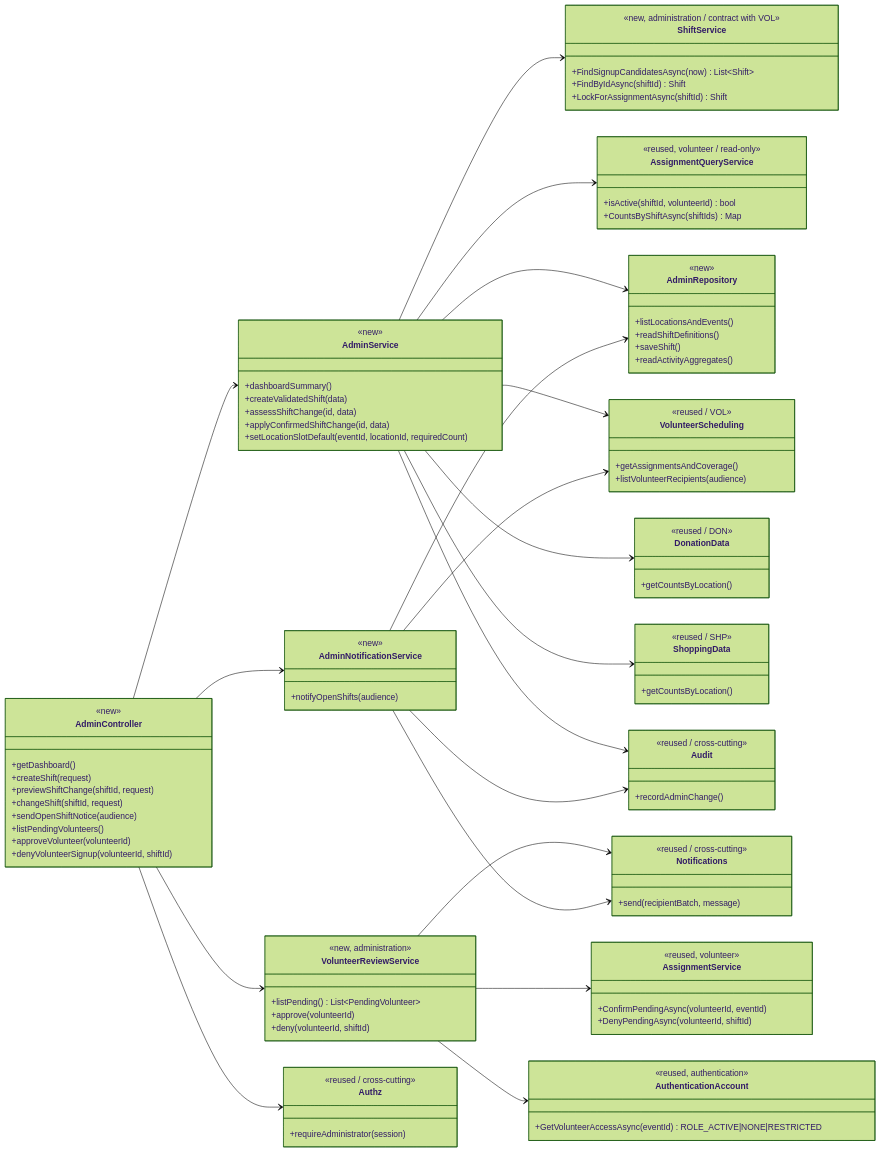
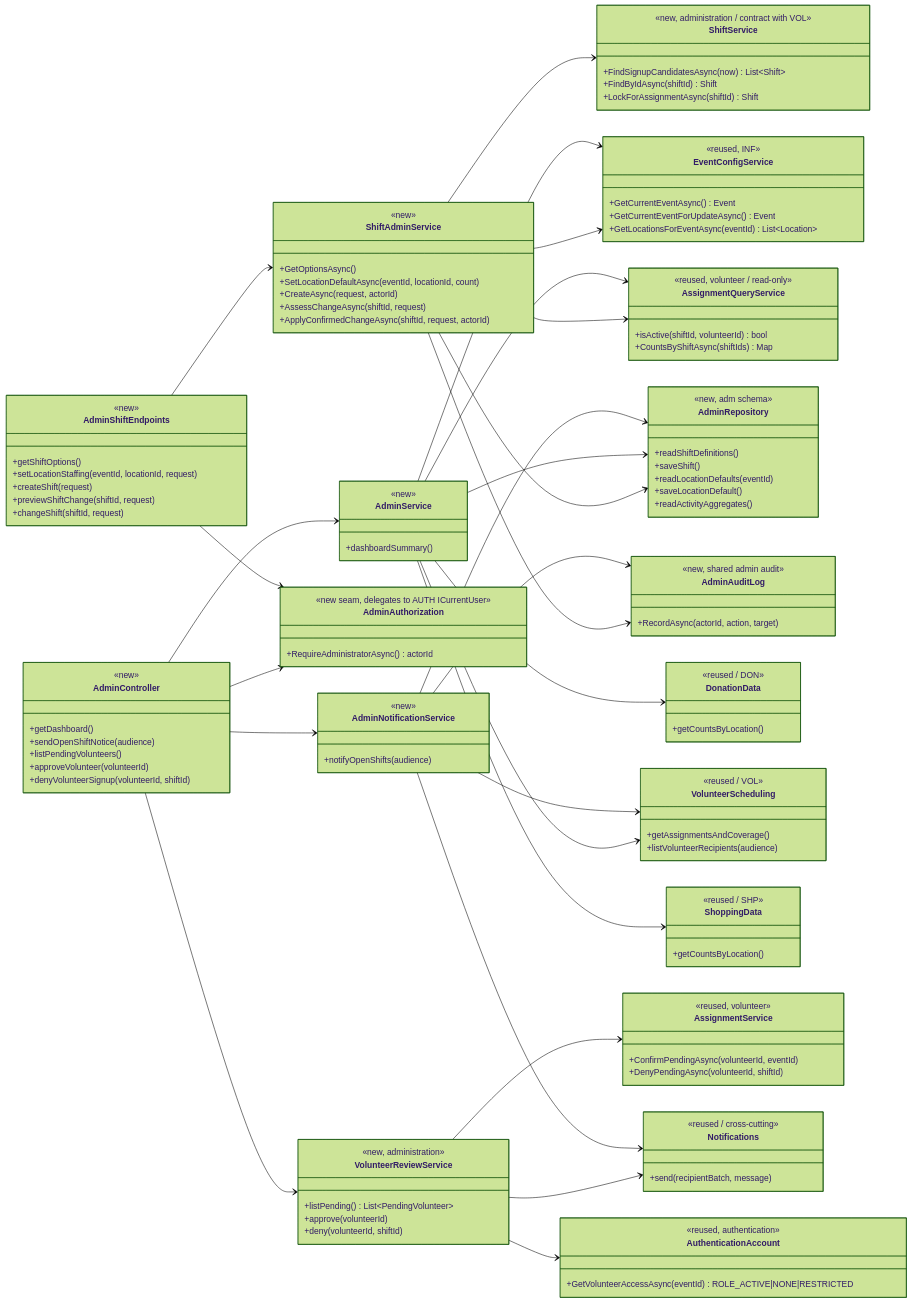
One commit to evelyntrann/cosc-40943-team-3-refrog changed the first of 8 diagrams in docs/design/ADM.md. Above: the diagram before and after it, drawn with Mermaid (forest theme). The commit also changed other lines of this file, not shown here.

First line of the commit message:
Revise the UC-ADM-manage-shifts design against the current code (#108)

````diff
--- a/docs/design/ADM.md
+++ b/docs/design/ADM.md
@@ -25,9 +25,6 @@
     class AdminController {
         <<new>>
         +getDashboard()
-        +createShift(request)
-        +previewShiftChange(shiftId, request)
-        +changeShift(shiftId, request)
         +sendOpenShiftNotice(audience)
         +listPendingVolunteers()
         +approveVolunteer(volunteerId)
@@ -36,10 +33,36 @@
     class AdminService {
         <<new>>
         +dashboardSummary()
-        +createValidatedShift(data)
-        +assessShiftChange(id, data)
-        +applyConfirmedShiftChange(id, data)
-        +setLocationSlotDefault(eventId, locationId, requiredCount)
+    }
+    class AdminShiftEndpoints {
+        <<new>>
+        +getShiftOptions()
+        +setLocationStaffing(eventId, locationId, request)
+        +createShift(request)
+        +previewShiftChange(shiftId, request)
+        +changeShift(shiftId, request)
+    }
+    class ShiftAdminService {
+        <<new>>
+        +GetOptionsAsync()
+        +SetLocationDefaultAsync(eventId, locationId, count)
+        +CreateAsync(request, actorId)
+        +AssessChangeAsync(shiftId, request)
+        +ApplyConfirmedChangeAsync(shiftId, request, actorId)
+    }
+    class EventConfigService {
+        <<reused, INF>>
+        +GetCurrentEventAsync() Event
+        +GetCurrentEventForUpdateAsync() Event
+        +GetLocationsForEventAsync(eventId) List~Location~
+    }
+    class AdminAuthorization {
+        <<new seam, delegates to AUTH ICurrentUser>>
+        +RequireAdministratorAsync() actorId
+    }
+    class AdminAuditLog {
+        <<new, shared admin audit>>
+        +RecordAsync(actorId, action, target)
     }
     class VolunteerReviewService {
         <<new, administration>>
@@ -72,15 +95,12 @@
         +notifyOpenShifts(audience)
     }
     class AdminRepository {
-        <<new>>
-        +listLocationsAndEvents()
+        <<new, adm schema>>
         +readShiftDefinitions()
         +saveShift()
+        +readLocationDefaults(eventId)
+        +saveLocationDefault()
         +readActivityAggregates()
-    }
-    class Authz {
-        <<reused / cross-cutting>>
-        +requireAdministrator(session)
     }
     class VolunteerScheduling {
         <<reused / VOL>>
@@ -99,15 +119,18 @@
         <<reused / cross-cutting>>
         +send(recipientBatch, message)
     }
-    class Audit {
-        <<reused / cross-cutting>>
-        +recordAdminChange()
-    }
-    AdminController --> Authz
+    AdminController --> AdminAuthorization
     AdminController --> AdminService
     AdminController --> AdminNotificationService
     AdminController --> VolunteerReviewService
-    AdminService --> ShiftService
+    AdminShiftEndpoints --> AdminAuthorization
+    AdminShiftEndpoints --> ShiftAdminService
+    ShiftAdminService --> EventConfigService
+    ShiftAdminService --> AdminRepository
+    ShiftAdminService --> ShiftService
+    ShiftAdminService --> AssignmentQueryService
+    ShiftAdminService --> AdminAuditLog
+    AdminService --> EventConfigService
     AdminService --> AssignmentQueryService
     VolunteerReviewService --> AssignmentService
     VolunteerReviewService --> AuthenticationAccount
@@ -116,9 +139,8 @@
     AdminService --> VolunteerScheduling
     AdminService --> DonationData
     AdminService --> ShoppingData
-    AdminService --> Audit
     AdminNotificationService --> VolunteerScheduling
     AdminNotificationService --> AdminRepository
     AdminNotificationService --> Notifications
-    AdminNotificationService --> Audit
+    AdminNotificationService --> AdminAuditLog
 ```
````
